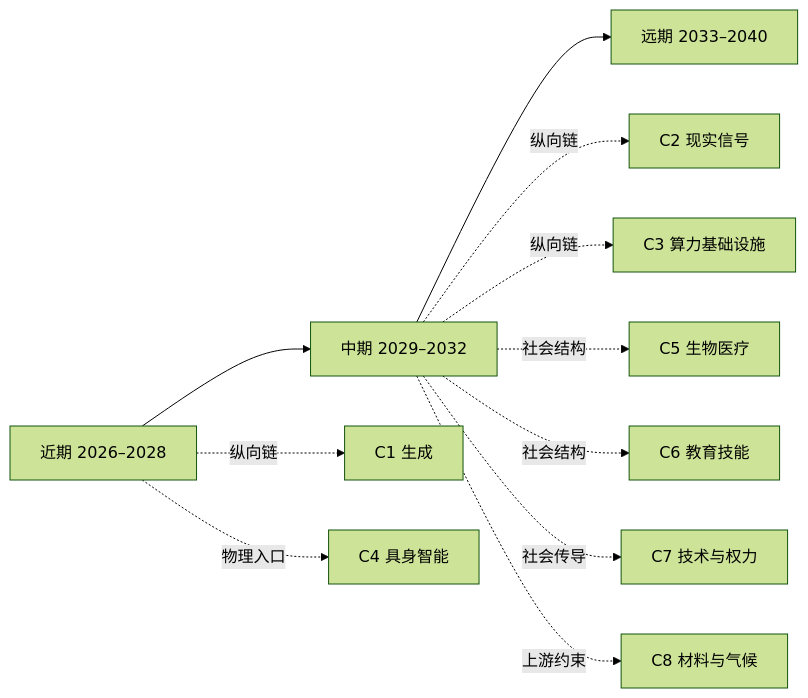
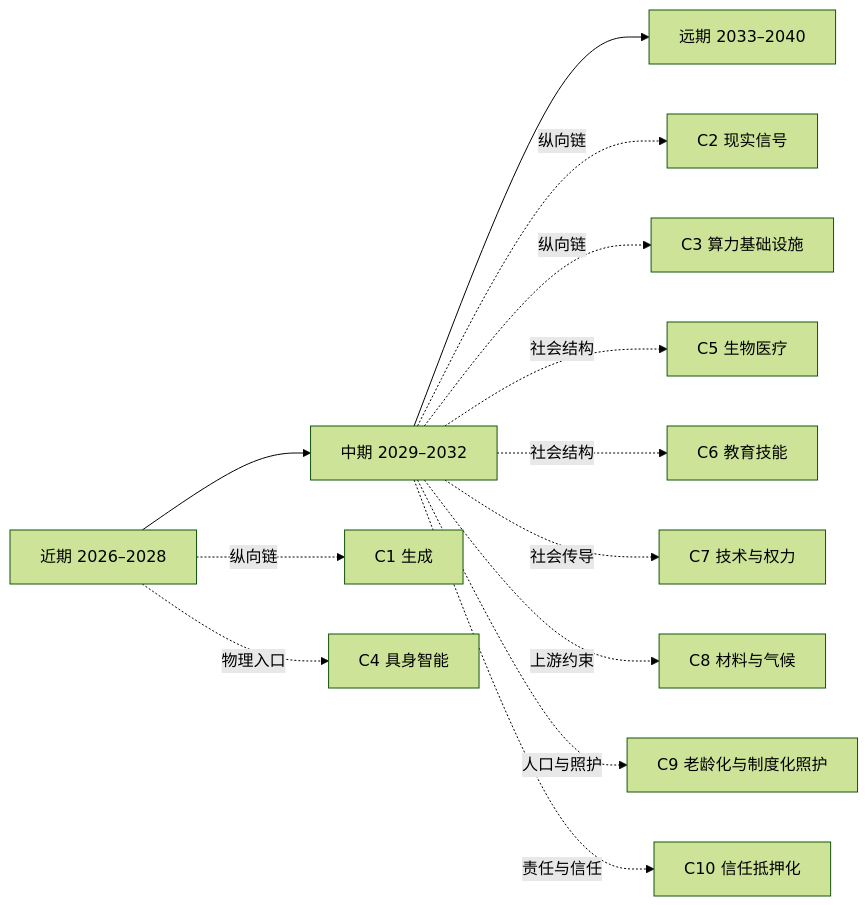
One commit to SenZhangAI/foresight-by-ai changed the diagram in docs/zh/30-far.md. Above: the diagram before and after it, drawn with Mermaid (forest theme). The commit also changed 1 other file, not shown here.

Commit message:
docs(navigation): add C9 and C10 to far-term maps
Keep the bilingual far-term navigation projection aligned with the README's ten registered reasoning chains without introducing a second source of truth.

````diff
--- a/docs/zh/30-far.md
+++ b/docs/zh/30-far.md
@@ -21,13 +21,15 @@
 ```mermaid
 flowchart LR
   N[近期 2026–2028] --> M[中期 2029–2032]
   M --> F[远期 2033–2040]
   N -.纵向链.-> C1[C1 生成]
   M -.纵向链.-> C2[C2 现实信号]
   M -.纵向链.-> C3[C3 算力基础设施]
   N -.物理入口.-> C4[C4 具身智能]
   M -.社会结构.-> C5[C5 生物医疗]
   M -.社会结构.-> C6[C6 教育技能]
   M -.社会传导.-> C7[C7 技术与权力]
   M -.上游约束.-> C8[C8 材料与气候]
+  M -.人口与照护.-> C9[C9 老龄化与制度化照护]
+  M -.责任与信任.-> C10[C10 信任抵押化]
 ```
````
